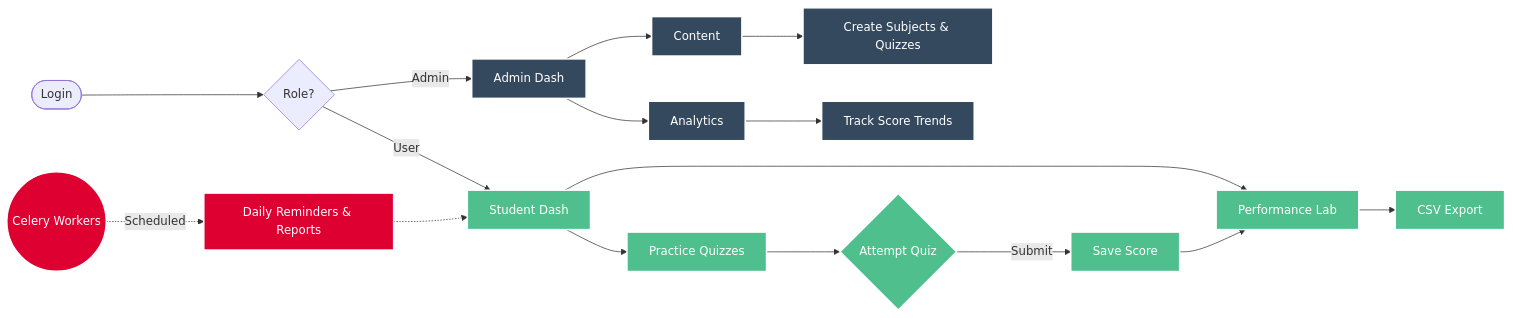
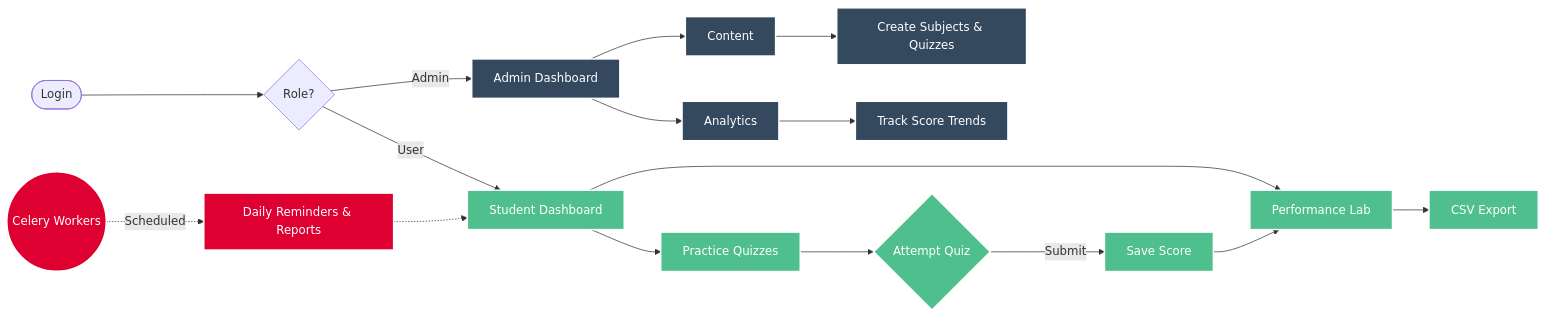
One commit to mithielesh/Quizzo changed the diagram in README.md. Above: the diagram before and after it, drawn with Mermaid.

````diff
--- a/README.md
+++ b/README.md
@@ -16,25 +16,25 @@
 ```mermaid
 flowchart LR
     %% Styling
     classDef admin fill:#35495e,stroke:#fff,stroke-width:2px,color:#fff
     classDef student fill:#4FC08D,stroke:#fff,stroke-width:2px,color:#fff
     classDef bgTask fill:#DD0031,stroke:#fff,stroke-width:2px,color:#fff
 
     %% Entry
     Auth([Login]) --> Role{Role?}
 
     %% Admin Flow
-    Role -->|Admin| ADash[Admin Dash]:::admin
+    Role -->|Admin| ADash[Admin Dashboard]:::admin
     ADash --> Manage[Content]:::admin & Analytics[Analytics]:::admin
     Manage --> Create[Create Subjects & Quizzes]:::admin
     Analytics --> Stats[Track Score Trends]:::admin
 
     %% Student Flow
-    Role -->|User| SDash[Student Dash]:::student
+    Role -->|User| SDash[Student Dashboard]:::student
     SDash --> Quizzes[Practice Quizzes]:::student & Perf[Performance Lab]:::student
     Quizzes --> TakeQuiz{Attempt Quiz}:::student -->|Submit| Score[Save Score]:::student --> Perf
     Perf --> Export[CSV Export]:::student
 
     %% Background Tasks
     Worker((Celery Workers)):::bgTask -.->|Scheduled| Reports[Daily Reminders & Reports]:::bgTask -.-> SDash
 ```
````
